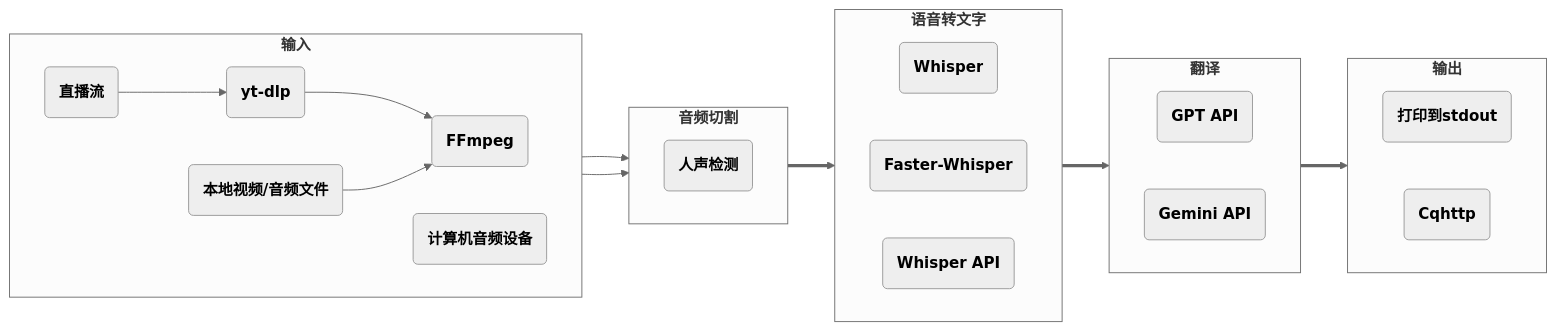
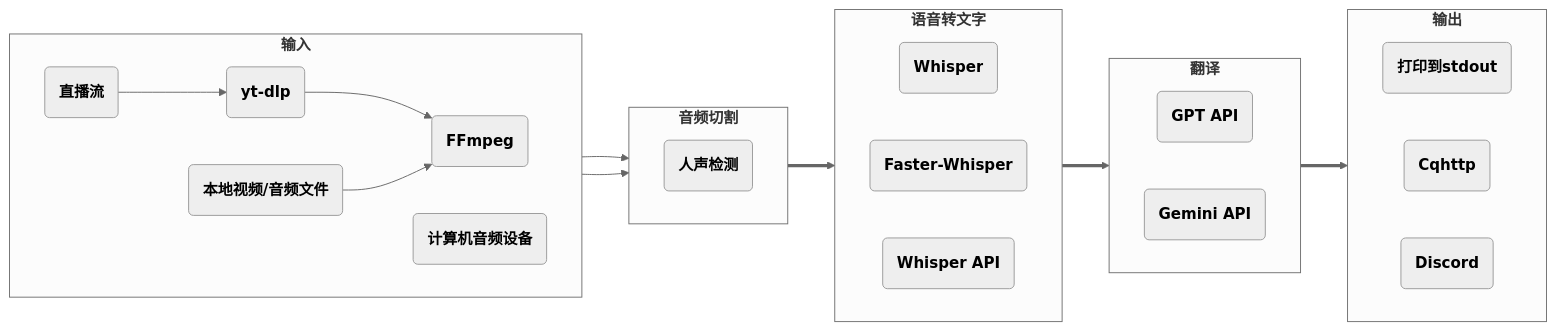
One commit to whizyre/stream-translator-gpt-deepseek changed the diagram in README_CN.md. Above: the diagram before and after it, drawn with Mermaid (neutral theme). The commit also changed 1 other file, not shown here.

````diff
--- a/README_CN.md
+++ b/README_CN.md
@@ -7,39 +7,40 @@
 ```mermaid
 flowchart LR
     subgraph ga["`**输入**`"]
         direction LR
         aa("`**FFmpeg**`")
         ab("`**计算机音频设备**`")
         ac("`**yt-dlp**`")
         ad("`**本地视频/音频文件**`")
         ae("`**直播流**`")
         ac --> aa
         ad --> aa
         ae --> ac
     end
     subgraph gb["`**音频切割**`"]
         direction LR
         ba("`**人声检测**`")
     end
     subgraph gc["`**语音转文字**`"]
         direction LR
         ca("`**Whisper**`")
         cb("`**Faster-Whisper**`")
         cc("`**Whisper API**`")
     end
     subgraph gd["`**翻译**`"]
         direction LR
         da("`**GPT API**`")
         db("`**Gemini API**`")
     end
     subgraph ge["`**输出**`"]
         direction LR
         ea("`**打印到stdout**`")
         eb("`**Cqhttp**`")
+        ec("`**Discord**`")
     end
     aa --> gb
     ab --> gb
     gb ==> gc
     gc ==> gd
     gd ==> ge
 ```
````
